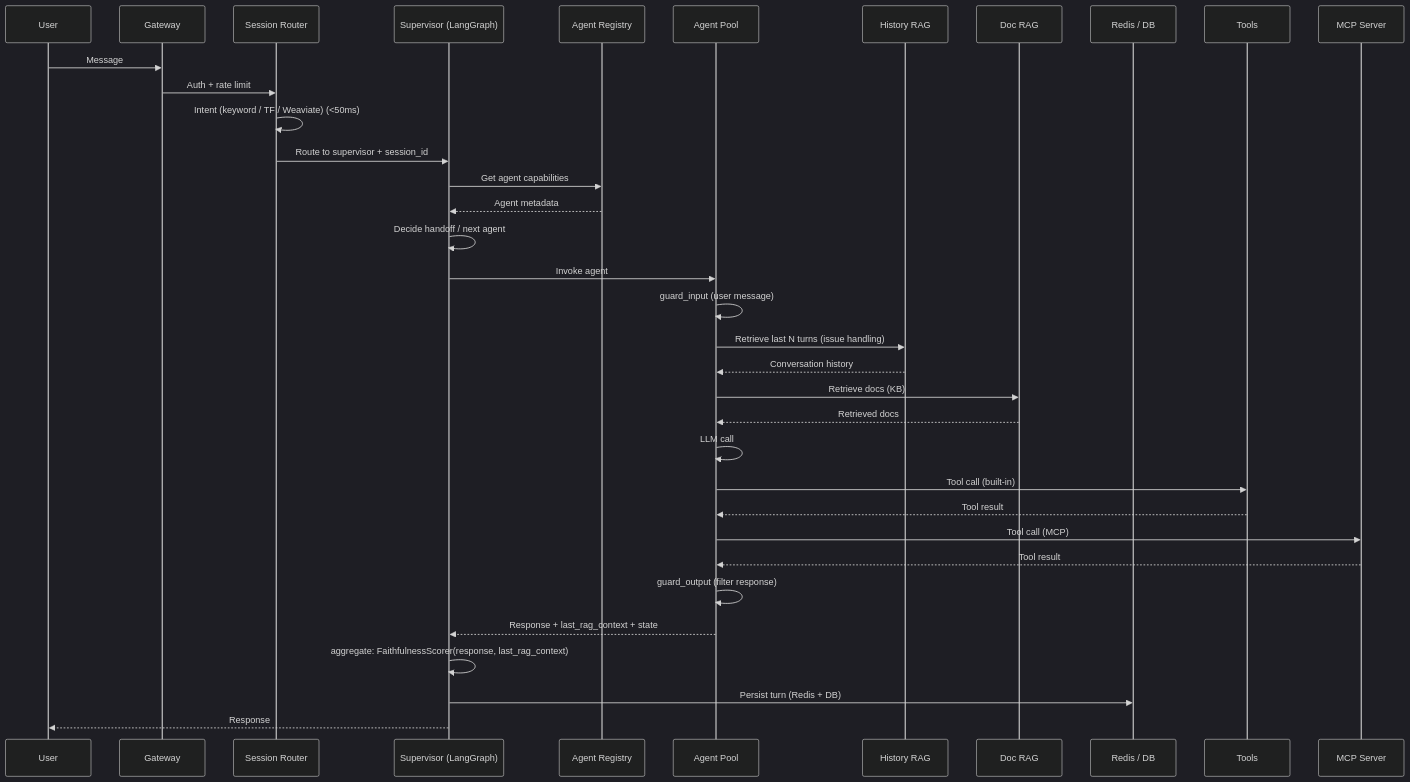
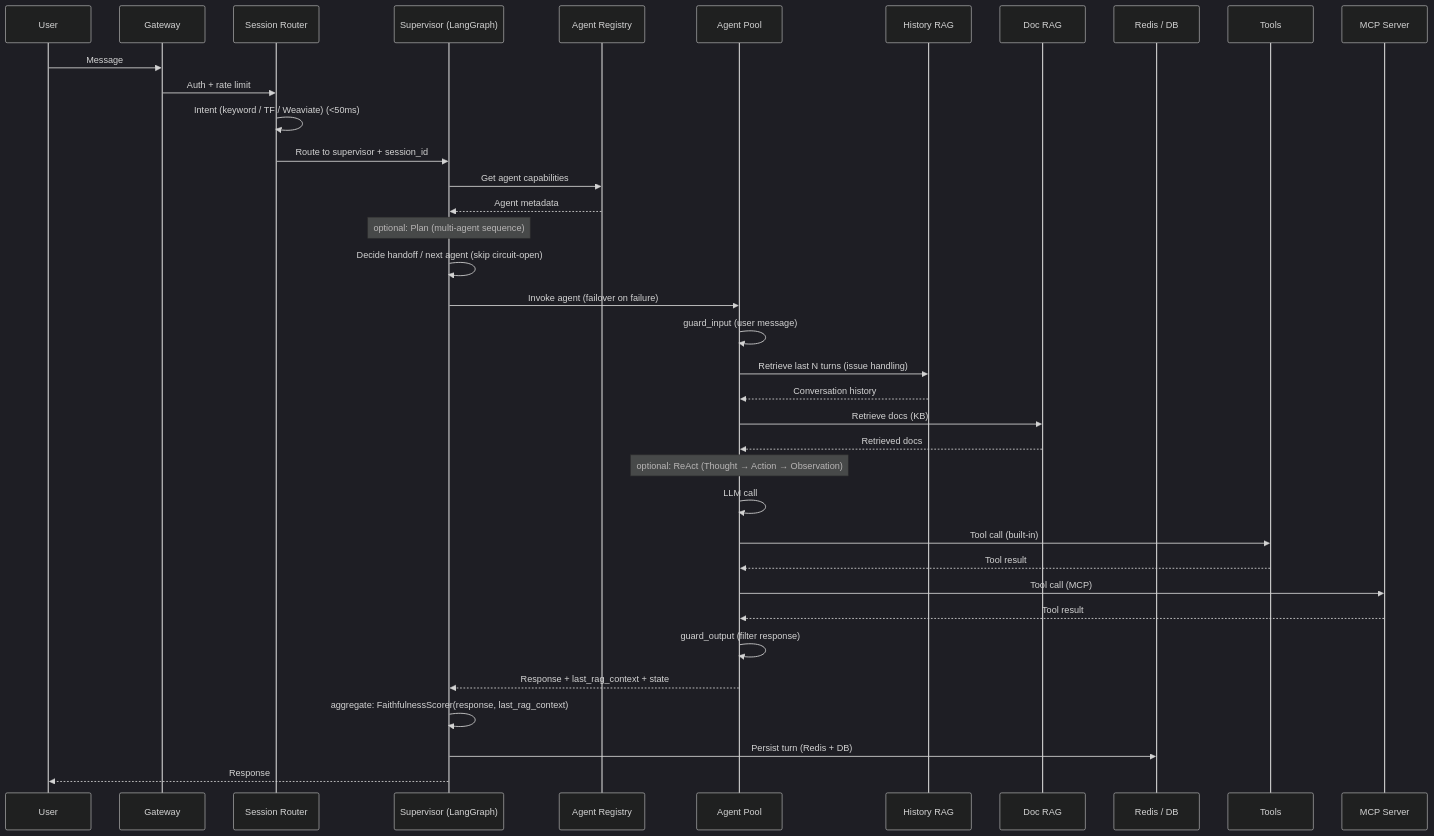
One commit to deepyad/Agentic_Production_Env changed the fifth of 16 diagrams in Documentation/ARCHITECTURE_DESIGN.md. Above: the diagram before and after it, drawn with Mermaid (dark theme). The commit also changed other lines of this file and 16 other files, not shown here.

````diff
--- a/Documentation/ARCHITECTURE_DESIGN.md
+++ b/Documentation/ARCHITECTURE_DESIGN.md
@@ -184,38 +188,40 @@
 ```mermaid
 sequenceDiagram
     participant U as User
     participant GW as Gateway
     participant RTR as Session Router
     participant SUP as Supervisor (LangGraph)
     participant REG as Agent Registry
     participant AGT as Agent Pool
     participant HIST as History RAG
     participant DOC as Doc RAG
     participant STORE as Redis / DB
     participant TOOLS as Tools
     participant MCP as MCP Server
 
     U->>GW: Message
     GW->>RTR: Auth + rate limit
     RTR->>RTR: Intent (keyword / TF / Weaviate) (<50ms)
     RTR->>SUP: Route to supervisor + session_id
     SUP->>REG: Get agent capabilities
     REG-->>SUP: Agent metadata
-    SUP->>SUP: Decide handoff / next agent
-    SUP->>AGT: Invoke agent
+    Note over SUP: optional: Plan (multi-agent sequence)
+    SUP->>SUP: Decide handoff / next agent (skip circuit-open)
+    SUP->>AGT: Invoke agent (failover on failure)
     AGT->>AGT: guard_input (user message)
     AGT->>HIST: Retrieve last N turns (issue handling)
     HIST-->>AGT: Conversation history
     AGT->>DOC: Retrieve docs (KB)
     DOC-->>AGT: Retrieved docs
+    Note over AGT: optional: ReAct (Thought → Action → Observation)
     AGT->>AGT: LLM call
     AGT->>TOOLS: Tool call (built-in)
     TOOLS-->>AGT: Tool result
     AGT->>MCP: Tool call (MCP)
     MCP-->>AGT: Tool result
     AGT->>AGT: guard_output (filter response)
     AGT-->>SUP: Response + last_rag_context + state
     SUP->>SUP: aggregate: FaithfulnessScorer(response, last_rag_context)
     SUP->>STORE: Persist turn (Redis + DB)
     SUP-->>U: Response
 ```
````
